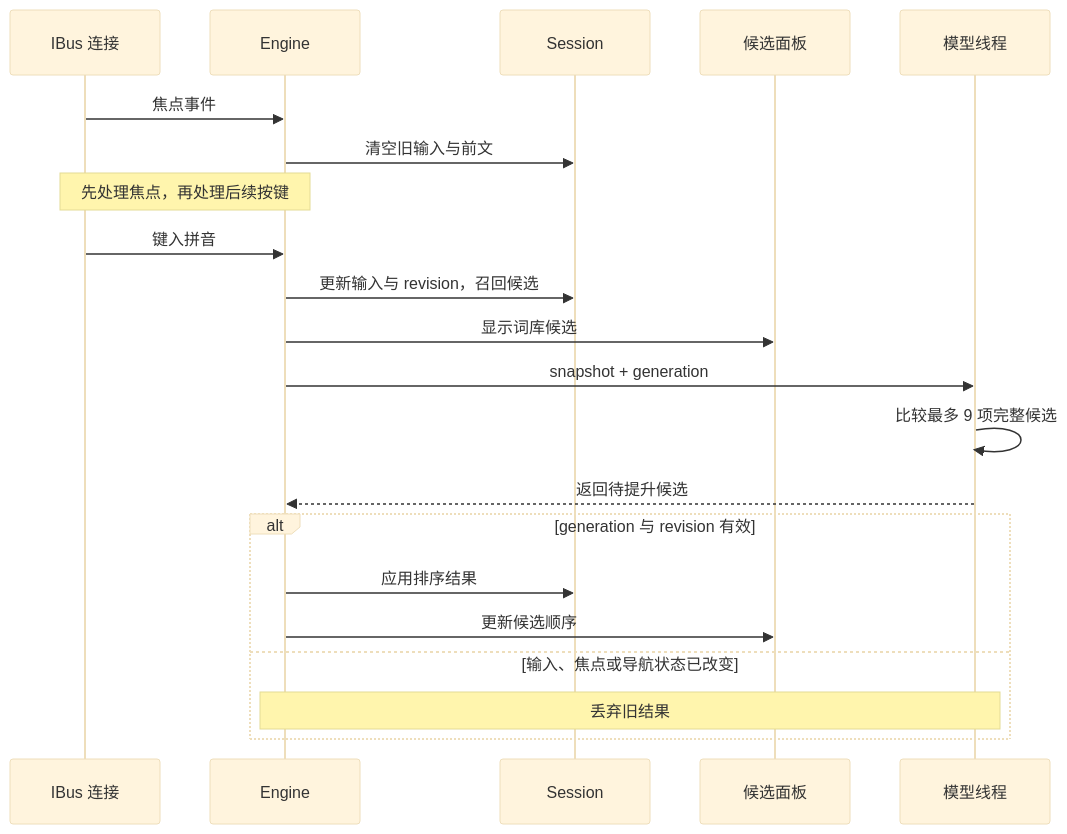
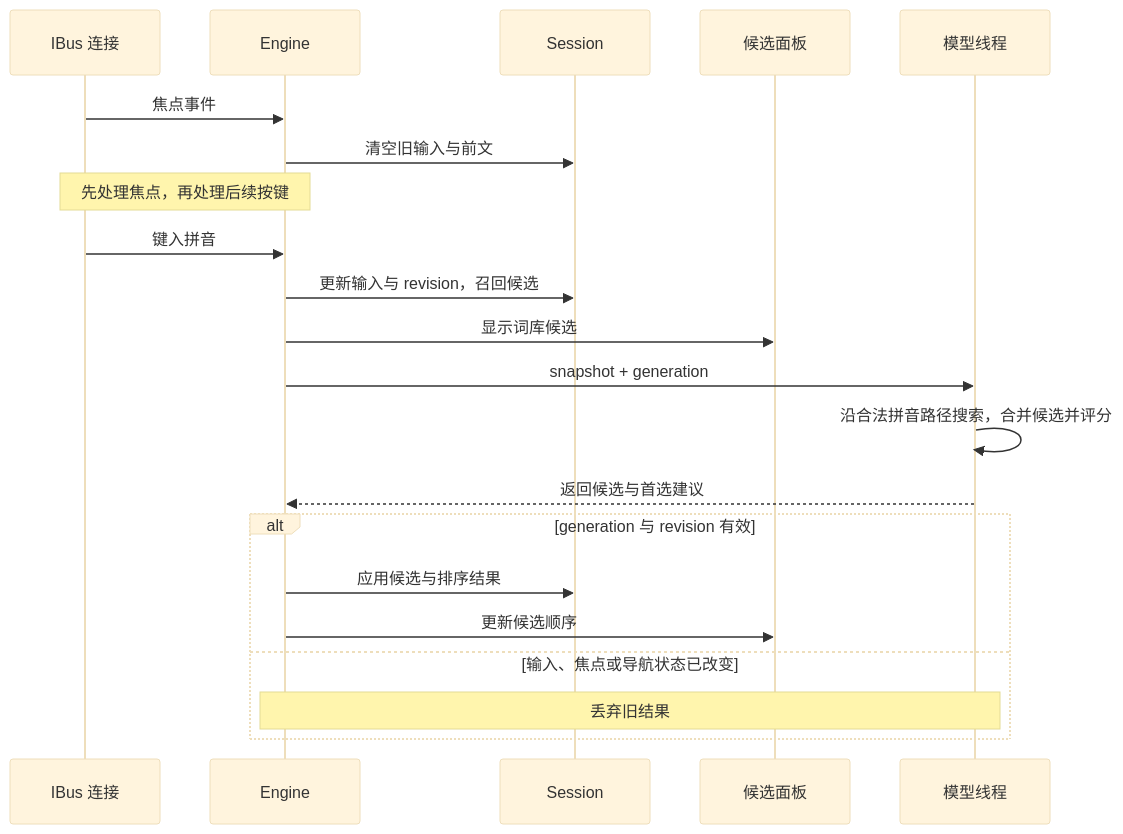
The second of 3 diagrams in README.md (NEX-S/yanliu), drawn with Mermaid (base theme) before and after one commit. The commit also changed other lines of this file and 39 other files, not shown here.

````diff
--- a/README.md
+++ b/README.md
@@ -142,24 +145,24 @@
 ```mermaid
 sequenceDiagram
     participant B as IBus 连接
     participant E as Engine
     participant S as Session
     participant P as 候选面板
     participant M as 模型线程
 
     B->>E: 焦点事件
     E->>S: 清空旧输入与前文
     Note over B,E: 先处理焦点，再处理后续按键
     B->>E: 键入拼音
     E->>S: 更新输入与 revision，召回候选
     E->>P: 显示词库候选
     E->>M: snapshot + generation
-    M->>M: 比较最多 9 项完整候选
-    M-->>E: 返回待提升候选
+    M->>M: 沿合法拼音路径搜索，合并候选并评分
+    M-->>E: 返回候选与首选建议
     alt generation 与 revision 有效
-        E->>S: 应用排序结果
+        E->>S: 应用候选与排序结果
         E->>P: 更新候选顺序
     else 输入、焦点或导航状态已改变
         Note over E,M: 丢弃旧结果
     end
 ```
````
